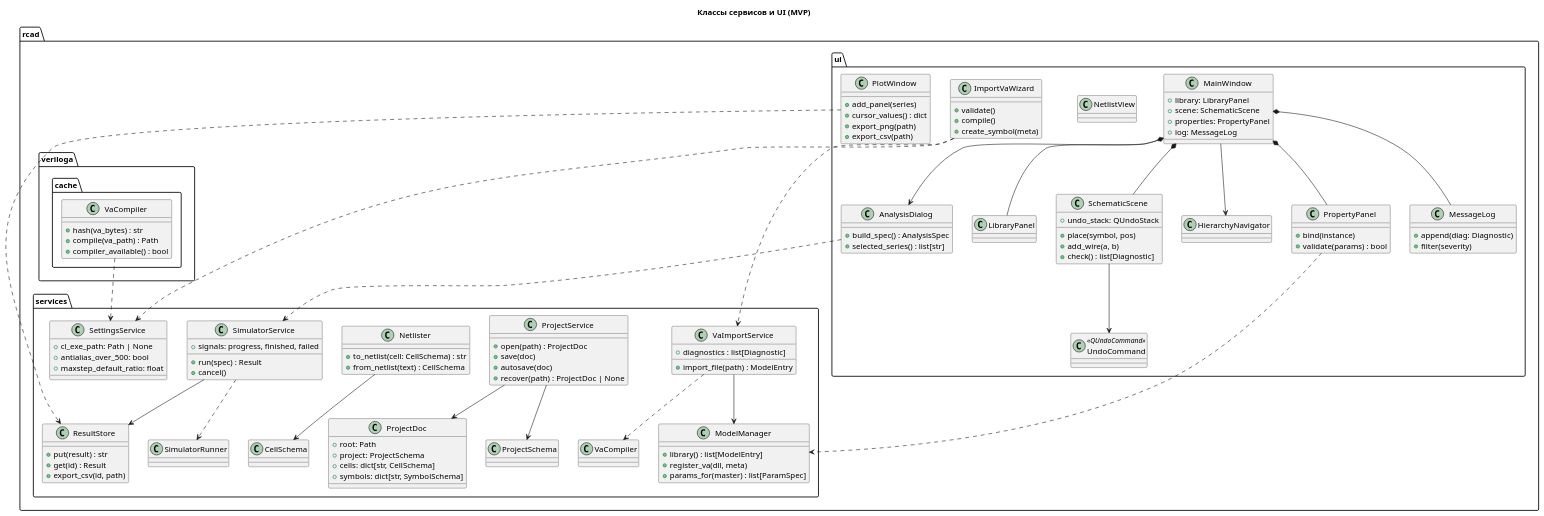
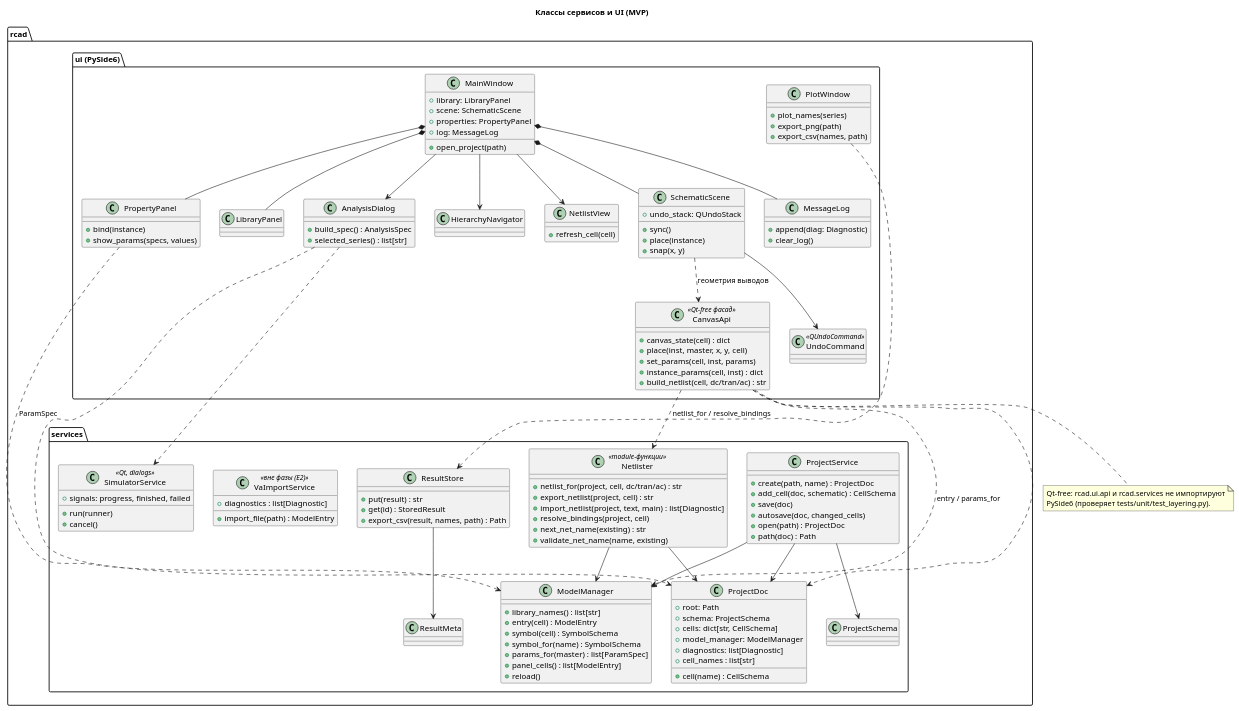
The diagram in archicture/diagrams/06_class_ui_services.puml (andrejstrogonov/RuCadVirtuoso), drawn with PlantUML before and after one commit. The commit also changed 74 other files, not shown here.

Commit message:
Added and refactored architecture

```diff
--- a/archicture/diagrams/06_class_ui_services.puml
+++ b/archicture/diagrams/06_class_ui_services.puml
@@ -1,117 +1,131 @@
 @startuml class_ui_services
 title Классы сервисов и UI (MVP)
 
 package "rcad.services" {
   class ProjectService {
+    +create(path, name) : ProjectDoc
+    +add_cell(doc, schematic) : CellSchema
+    +save(doc)
+    +autosave(doc, changed_cells)
     +open(path) : ProjectDoc
-    +save(doc)
-    +autosave(doc)
-    +recover(path) : ProjectDoc | None
+    +path(doc) : Path
   }
   class ProjectDoc {
     +root: Path
-    +project: ProjectSchema
+    +schema: ProjectSchema
     +cells: dict[str, CellSchema]
-    +symbols: dict[str, SymbolSchema]
+    +model_manager: ModelManager
+    +diagnostics: list[Diagnostic]
+    +cell_names : list[str]
+    +cell(name) : CellSchema
   }
-  class Netlister {
-    +to_netlist(cell: CellSchema) : str
-    +from_netlist(text) : CellSchema
+  class Netlister <<module-функции>> {
+    +netlist_for(project, cell, dc/tran/ac) : str
+    +export_netlist(project, cell) : str
+    +import_netlist(project, text, main) : list[Diagnostic]
+    +resolve_bindings(project, cell)
+    +next_net_name(existing) : str
+    +validate_net_name(name, existing)
   }
   class ModelManager {
-    +library() : list[ModelEntry]
-    +register_va(dll, meta)
+    +library_names() : list[str]
+    +entry(cell) : ModelEntry
+    +symbol(cell) : SymbolSchema
+    +symbol_for(name) : SymbolSchema
     +params_for(master) : list[ParamSpec]
+    +panel_cells() : list[ModelEntry]
+    +reload()
   }
-  class SimulatorService {
-    +run(spec) : Result
+  class SimulatorService <<Qt, dialogs>> {
+    +run(runner)
     +cancel()
     +signals: progress, finished, failed
   }
-  class VaImportService {
+  class VaImportService <<вне фазы (E2)>> {
     +import_file(path) : ModelEntry
     +diagnostics : list[Diagnostic]
   }
   class ResultStore {
     +put(result) : str
-    +get(id) : Result
-    +export_csv(id, path)
-  }
-  class SettingsService {
-    +cl_exe_path: Path | None
-    +antialias_over_500: bool
-    +maxstep_default_ratio: float
+    +get(id) : StoredResult
+    +export_csv(result, names, path) : Path
   }
   ProjectService --> ProjectDoc
   ProjectService --> ProjectSchema
-  Netlister --> CellSchema
-  SimulatorService ..> SimulatorRunner
-  SimulatorService --> ResultStore
-  VaImportService --> ModelManager
-  VaImportService ..> VaCompiler
+  ProjectService --> ModelManager
+  Netlister --> ProjectDoc
+  Netlister --> ModelManager
+  ResultStore --> ResultMeta
 }
 
-package "rcad.ui" {
+package "rcad.ui (PySide6)" {
+  class CanvasApi <<Qt-free фасад>> {
+    +canvas_state(cell) : dict
+    +place(inst, master, x, y, cell)
+    +set_params(cell, inst, params)
+    +instance_params(cell, inst) : dict
+    +build_netlist(cell, dc/tran/ac) : str
+  }
   class MainWindow {
     +library: LibraryPanel
     +scene: SchematicScene
     +properties: PropertyPanel
     +log: MessageLog
+    +open_project(path)
   }
   class SchematicScene {
-    +place(symbol, pos)
-    +add_wire(a, b)
-    +check() : list[Diagnostic]
+    +sync()
+    +place(instance)
+    +snap(x, y)
     +undo_stack: QUndoStack
   }
   class LibraryPanel
   class PropertyPanel {
     +bind(instance)
-    +validate(params) : bool
+    +show_params(specs, values)
   }
   class HierarchyNavigator
-  class NetlistView
+  class NetlistView {
+    +refresh_cell(cell)
+  }
   class AnalysisDialog {
     +build_spec() : AnalysisSpec
     +selected_series() : list[str]
   }
   class PlotWindow {
-    +add_panel(series)
-    +cursor_values() : dict
+    +plot_names(series)
     +export_png(path)
-    +export_csv(path)
+    +export_csv(names, path)
   }
   class MessageLog {
     +append(diag: Diagnostic)
-    +filter(severity)
-  }
-  class ImportVaWizard {
-    +validate()
-    +compile()
-    +create_symbol(meta)
+    +clear_log()
   }
   class UndoCommand <<QUndoCommand>>
 
   MainWindow *-- LibraryPanel
   MainWindow *-- SchematicScene
   MainWindow *-- PropertyPanel
   MainWindow *-- MessageLog
   MainWindow --> HierarchyNavigator
+  MainWindow --> NetlistView
   MainWindow --> AnalysisDialog
-  AnalysisDialog ..> SimulatorService
-  PlotWindow ..> ResultStore
   SchematicScene --> UndoCommand
-  ImportVaWizard ..> VaImportService
-  PropertyPanel ..> ModelManager
-  ImportVaWizard ..> SettingsService
 }
 
-package "rcad.veriloga.cache" {
-  class VaCompiler {
-    +hash(va_bytes) : str
-    +compile(va_path) : Path
-    +compiler_available() : bool
-  }
-  VaCompiler ..> SettingsService
-}
+' Связи UI-API → сервисы (Qt-free): модульные функции
+CanvasApi ..> Netlister : netlist_for / resolve_bindings
+CanvasApi ..> ProjectDoc
+CanvasApi ..> ModelManager : entry / params_for
+AnalysisDialog ..> ProjectDoc
+AnalysisDialog ..> SimulatorService
+PlotWindow ..> ResultStore
+SchematicScene ..> CanvasApi : геометрия выводов
+PropertyPanel ..> ModelManager : ParamSpec
+
+note bottom of CanvasApi
+  Qt-free: rcad.ui.api и rcad.services не импортируют
+  PySide6 (проверяет tests/unit/test_layering.py).
+end note
+
 @enduml
```
